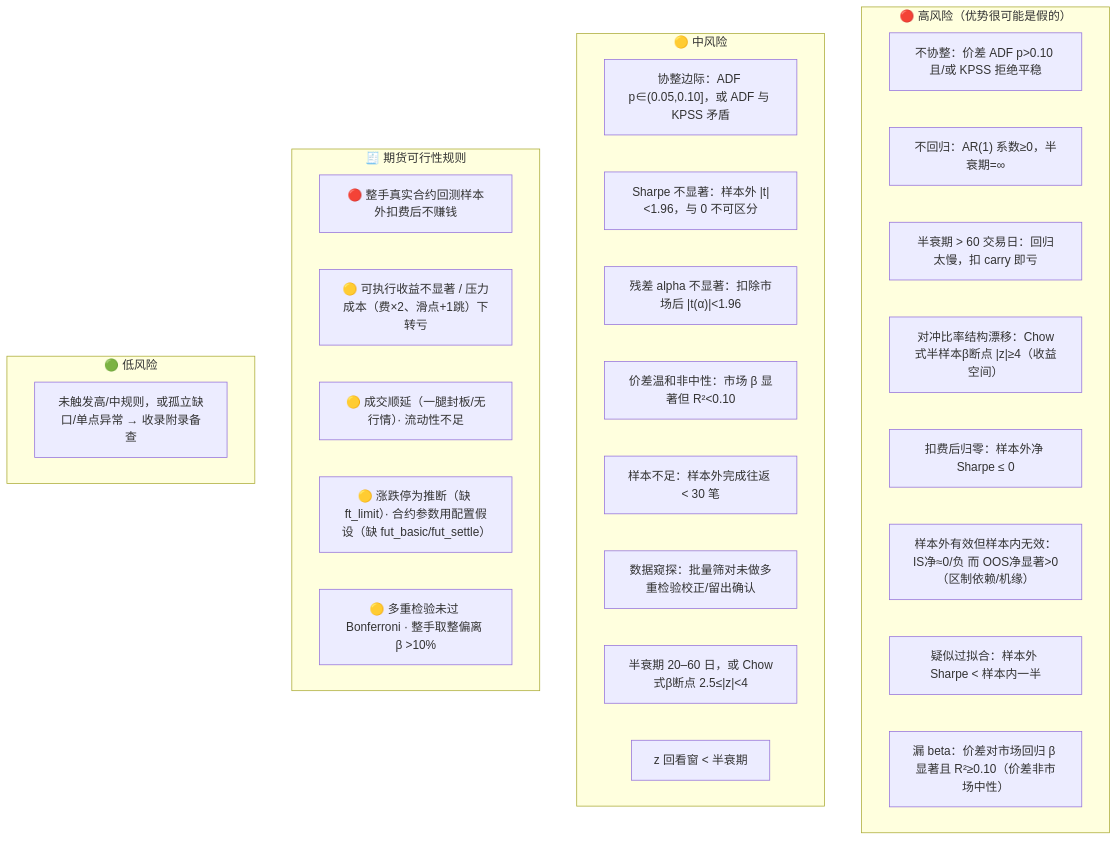
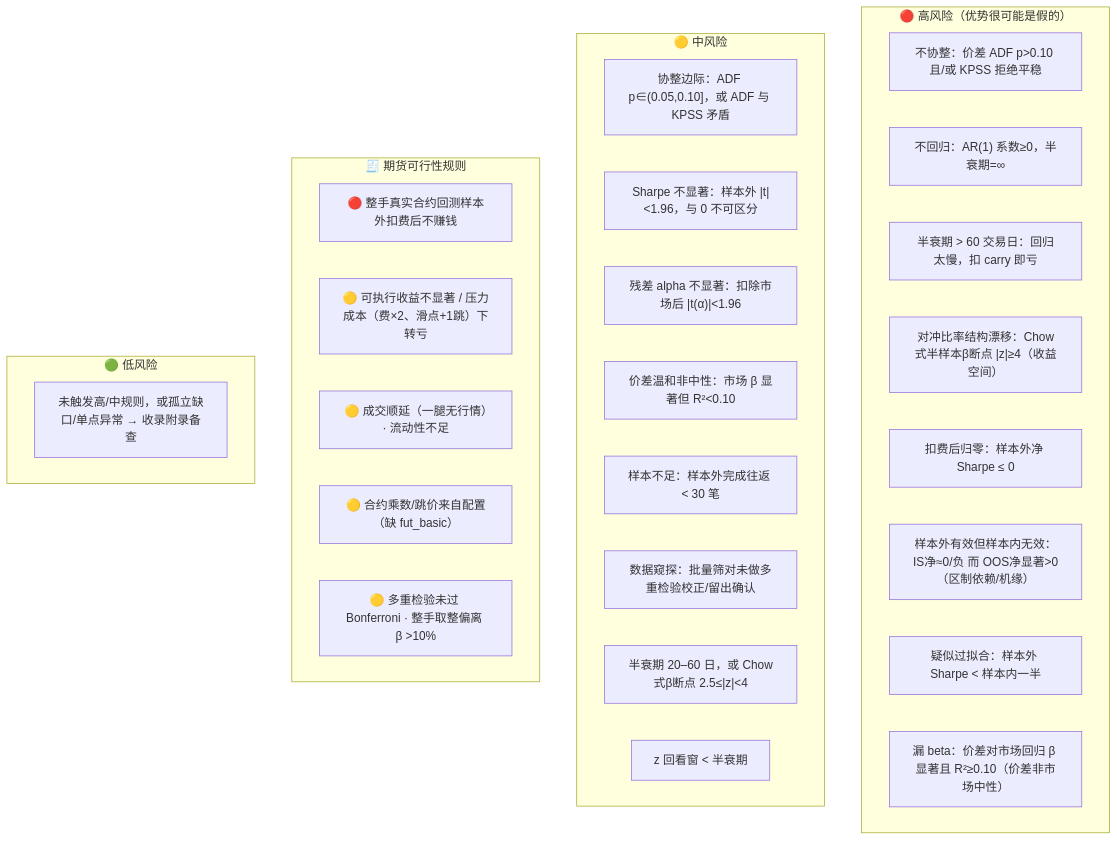
The second of 2 diagrams in agents/README.md (fitnesses/skill-statistical-arbitrage-time-series), drawn with Mermaid before and after one commit. The commit also changed other lines of this file and 14 other files, not shown here.

First line of the commit message:
Drop fut_settle/ft_limit: user-specified fees and margin, no limit modeling

````diff
--- a/agents/README.md
+++ b/agents/README.md
@@ -66,33 +66,33 @@
 ```mermaid
 flowchart TD
     subgraph HIGH["🔴 高风险（优势很可能是假的）"]
         H1["不协整：价差 ADF p>0.10 且/或 KPSS 拒绝平稳"]
         H2["不回归：AR(1) 系数≥0，半衰期=∞"]
         H3["半衰期 > 60 交易日：回归太慢，扣 carry 即亏"]
         H4["对冲比率结构漂移：Chow式半样本β断点 |z|≥4（收益空间）"]
         H5["扣费后归零：样本外净 Sharpe ≤ 0"]
         H6["样本外有效但样本内无效：IS净≈0/负 而 OOS净显著>0（区制依赖/机缘）"]
         H7["疑似过拟合：样本外 Sharpe < 样本内一半"]
         H8["漏 beta：价差对市场回归 β 显著且 R²≥0.10（价差非市场中性）"]
     end
     subgraph MID["🟡 中风险"]
         M1["协整边际：ADF p∈(0.05,0.10]，或 ADF 与 KPSS 矛盾"]
         M2["Sharpe 不显著：样本外 |t|<1.96，与 0 不可区分"]
         M3["残差 alpha 不显著：扣除市场后 |t(α)|<1.96"]
         M4["价差温和非中性：市场 β 显著但 R²<0.10"]
         M5["样本不足：样本外完成往返 < 30 笔"]
         M6["数据窥探：批量筛对未做多重检验校正/留出确认"]
         M7["半衰期 20–60 日，或 Chow式β断点 2.5≤|z|<4"]
         M8["z 回看窗 < 半衰期"]
     end
     subgraph FUT["🧾 期货可行性规则"]
         F1["🔴 整手真实合约回测样本外扣费后不赚钱"]
         F2["🟡 可执行收益不显著 / 压力成本（费×2、滑点+1跳）下转亏"]
-        F3["🟡 成交顺延（一腿封板/无行情）· 流动性不足"]
-        F4["🟡 涨跌停为推断（缺 ft_limit）· 合约参数用配置假设（缺 fut_basic/fut_settle）"]
+        F3["🟡 成交顺延（一腿无行情）· 流动性不足"]
+        F4["🟡 合约乘数/跳价来自配置（缺 fut_basic）"]
         F5["🟡 多重检验未过 Bonferroni · 整手取整偏离 β >10%"]
     end
     subgraph LOW["🟢 低风险"]
         L1["未触发高/中规则，或孤立缺口/单点异常 → 收录附录备查"]
     end
 ```
````
